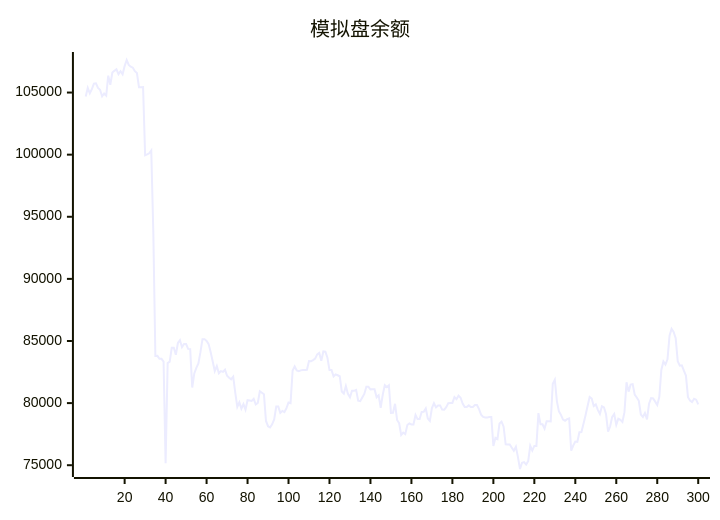
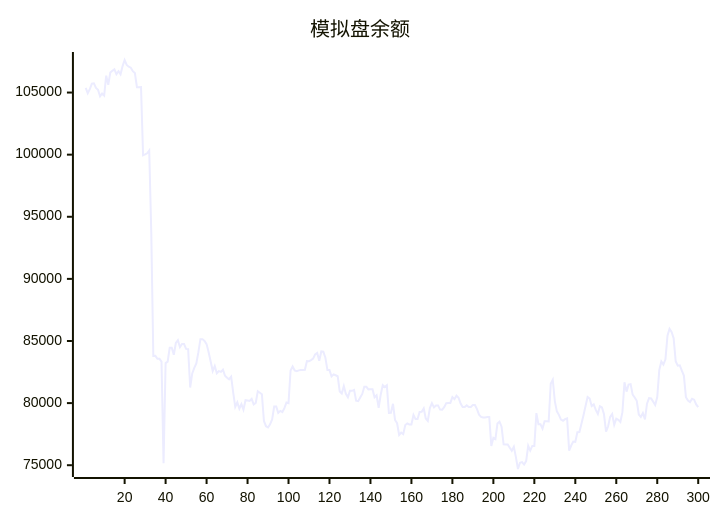
The diagram in README.md (aahl/ai-trading), drawn with Mermaid before and after one commit. The commit also changed other lines of this file and 1 other file, not shown here.

````diff
--- a/README.md
+++ b/README.md
@@ -5,5 +5,5 @@
 ```mermaid
 xychart
     title "模拟盘余额"
-    line [104690,105380,104941,105272,105709,105739,105374,105227,104691,104924,104762,106364,105628,106608,106748,106872,106485,106721,106468,107132,107620,107224,107080,107001,106717,106567,105431,105431,105440,99950,100017,100113,100337,93749,83795,83807,83567,83567,83342,75168,83222,83336,84448,84449,83896,84839,85065,84499,84757,84757,84364,84347,81254,82385,82835,83184,84099,85150,85150,85002,84751,84096,83356,82582,82983,82404,82572,82512,82688,82200,82047,81920,82125,80840,79688,80060,79552,79920,79470,80236,80208,80170,80336,79894,80006,80954,80837,80712,78561,78139,78037,78293,78682,79720,79720,79214,79372,79279,79591,80046,79993,82625,82950,82626,82571,82633,82670,82670,82681,83386,83378,83464,83579,83920,84037,83402,84160,84142,83652,82655,82655,82145,82315,82243,82163,80934,80770,81371,80742,80468,80989,80989,81067,80191,80155,80450,80737,81309,81309,81106,81119,81119,80471,80631,79624,80670,81448,81290,81429,79212,79222,79940,78643,78380,77432,77623,77504,78235,78358,78284,78277,79048,78714,78714,79290,79308,79567,78763,78563,79603,79988,79652,79813,79813,79476,79469,79673,79995,80015,80015,80486,80314,80600,80436,79966,79689,79689,79819,79692,79692,79850,79850,79518,79071,78889,78850,78850,78878,78878,76554,77202,77103,78357,78510,78106,76678,76677,76672,76411,76159,76485,75656,74695,75197,75246,75052,75334,76564,76179,76553,76551,79196,78300,78300,77944,78531,78531,78521,81564,81884,80160,79335,79055,78675,78580,78708,78764,76179,76586,76902,76876,77658,77669,78346,79023,79769,80497,80366,79761,79896,79448,79126,79749,79658,79097,77695,78114,78888,79126,78249,78738,78653,78478,79271,81680,80923,81488,81527,80681,80455,80190,79084,78879,79193,78686,79954,80403,80374,80118,79848,80491,82665,83351,83098,83525,85430,85983,85737,85221,83378,83014,83043,82613,82216,80477,80208,80081,80348,80277,79894]
+    line [105380,104941,105272,105709,105739,105374,105227,104691,104924,104762,106364,105628,106608,106748,106872,106485,106721,106468,107132,107620,107224,107080,107001,106717,106567,105431,105431,105440,99950,100017,100113,100337,93749,83795,83807,83567,83567,83342,75168,83222,83336,84448,84449,83896,84839,85065,84499,84757,84757,84364,84347,81254,82385,82835,83184,84099,85150,85150,85002,84751,84096,83356,82582,82983,82404,82572,82512,82688,82200,82047,81920,82125,80840,79688,80060,79552,79920,79470,80236,80208,80170,80336,79894,80006,80954,80837,80712,78561,78139,78037,78293,78682,79720,79720,79214,79372,79279,79591,80046,79993,82625,82950,82626,82571,82633,82670,82670,82681,83386,83378,83464,83579,83920,84037,83402,84160,84142,83652,82655,82655,82145,82315,82243,82163,80934,80770,81371,80742,80468,80989,80989,81067,80191,80155,80450,80737,81309,81309,81106,81119,81119,80471,80631,79624,80670,81448,81290,81429,79212,79222,79940,78643,78380,77432,77623,77504,78235,78358,78284,78277,79048,78714,78714,79290,79308,79567,78763,78563,79603,79988,79652,79813,79813,79476,79469,79673,79995,80015,80015,80486,80314,80600,80436,79966,79689,79689,79819,79692,79692,79850,79850,79518,79071,78889,78850,78850,78878,78878,76554,77202,77103,78357,78510,78106,76678,76677,76672,76411,76159,76485,75656,74695,75197,75246,75052,75334,76564,76179,76553,76551,79196,78300,78300,77944,78531,78531,78521,81564,81884,80160,79335,79055,78675,78580,78708,78764,76179,76586,76902,76876,77658,77669,78346,79023,79769,80497,80366,79761,79896,79448,79126,79749,79658,79097,77695,78114,78888,79126,78249,78738,78653,78478,79271,81680,80923,81488,81527,80681,80455,80190,79084,78879,79193,78686,79954,80403,80374,80118,79848,80491,82665,83351,83098,83525,85430,85983,85737,85221,83378,83014,83043,82613,82216,80477,80208,80081,80348,80277,79894,79670]
 ```
````
